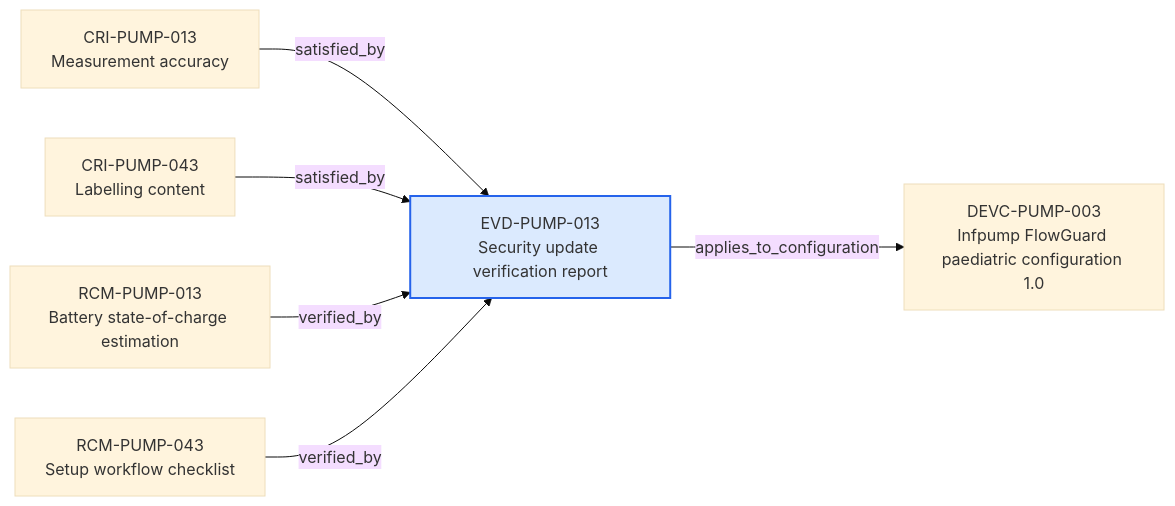
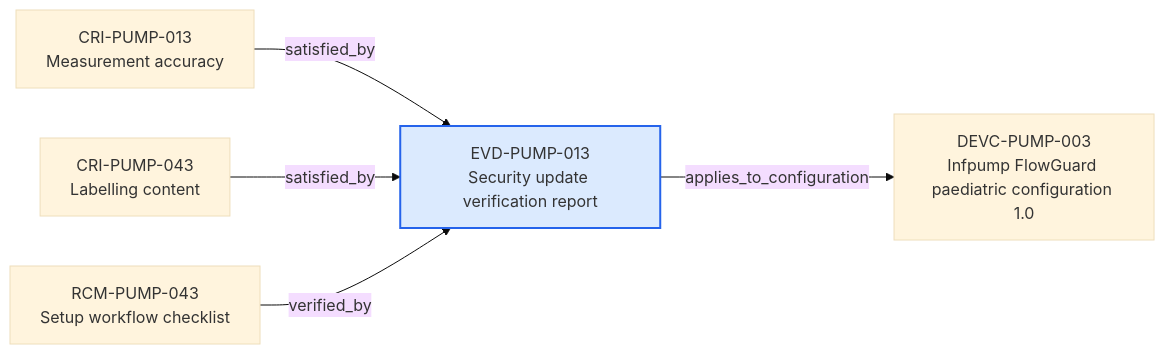
The diagram in content/06-Infpump FlowGuard ontology notes/verification-evidence/EVD-PUMP-013-security-update-verification-report.md (mvattulainen/mdrontology), drawn with Mermaid (base theme) before and after one commit. The commit also changed other lines of this file and 30 other files, not shown here.

Commit message:
Expand battery change ontology workflow

````diff
--- a/content/06-Infpump FlowGuard ontology notes/verification-evidence/EVD-PUMP-013-security-update-verification-report.md
+++ b/content/06-Infpump FlowGuard ontology notes/verification-evidence/EVD-PUMP-013-security-update-verification-report.md
@@ -73,16 +73,14 @@
 ```mermaid
 flowchart LR
   CURRENT["EVD-PUMP-013<br/>Security update verification report"]
   PREV0["CRI-PUMP-013<br/>Measurement accuracy"]
   PREV0 -->|"satisfied_by"| CURRENT
   PREV1["CRI-PUMP-043<br/>Labelling content"]
   PREV1 -->|"satisfied_by"| CURRENT
-  PREV2["RCM-PUMP-013<br/>Battery state-of-charge estimation"]
+  PREV2["RCM-PUMP-043<br/>Setup workflow checklist"]
   PREV2 -->|"verified_by"| CURRENT
-  PREV3["RCM-PUMP-043<br/>Setup workflow checklist"]
-  PREV3 -->|"verified_by"| CURRENT
   NEXT0["DEVC-PUMP-003<br/>Infpump FlowGuard paediatric configuration 1.0"]
   CURRENT -->|"applies_to_configuration"| NEXT0
   classDef current fill:#dbeafe,stroke:#2563eb,stroke-width:2px
   class CURRENT current
 ```
````
